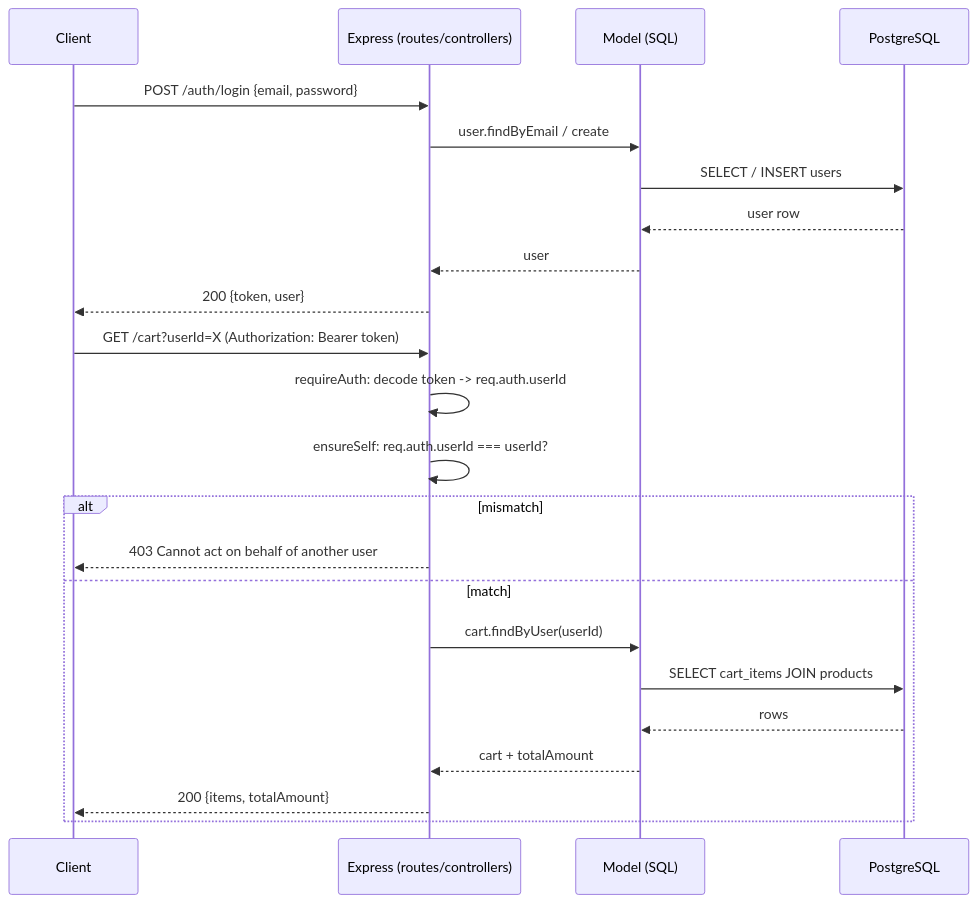
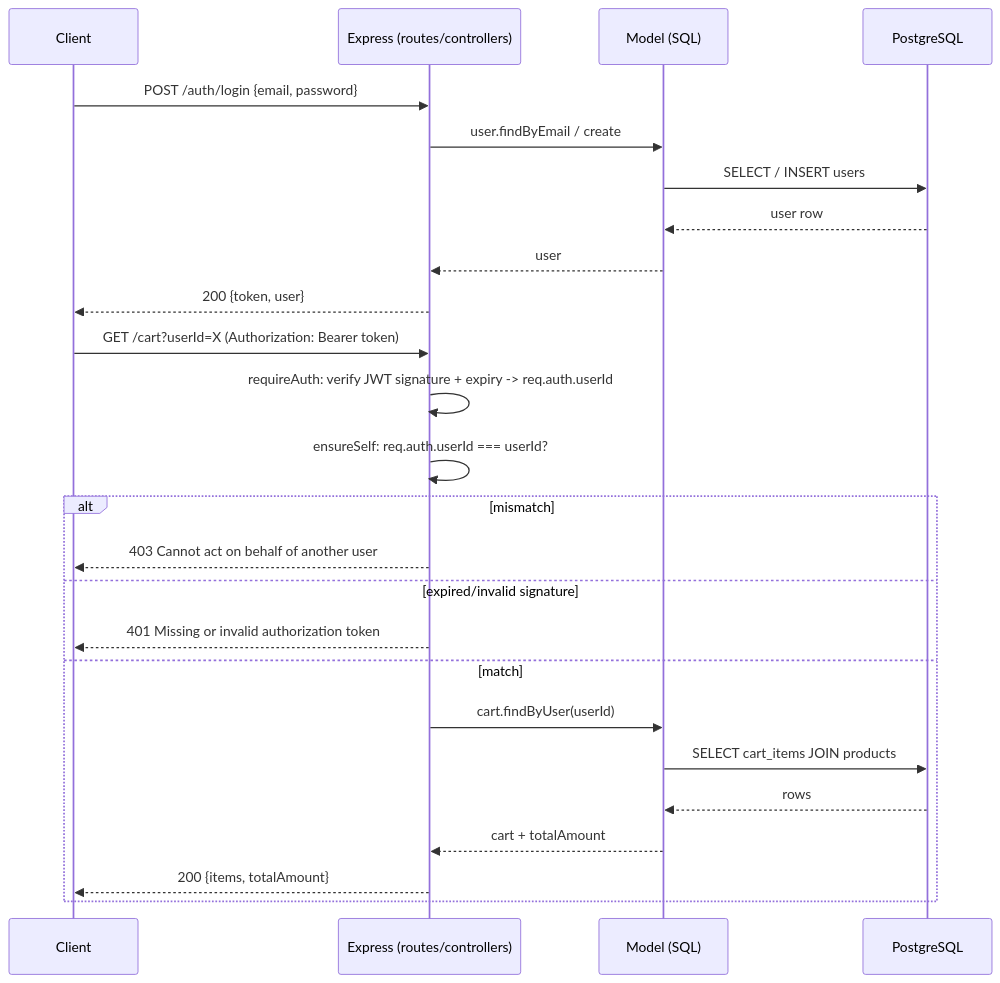
The diagram in docs/API.md (thisisroshans/erbrains), drawn with Mermaid before and after one commit. The commit also changed other lines of this file and 56 other files, not shown here.

````diff
--- a/docs/API.md
+++ b/docs/API.md
@@ -24,27 +30,29 @@
 ```mermaid
 sequenceDiagram
     participant C as Client
     participant A as Express (routes/controllers)
     participant M as Model (SQL)
     participant DB as PostgreSQL
 
     C->>A: POST /auth/login {email, password}
     A->>M: user.findByEmail / create
     M->>DB: SELECT / INSERT users
     DB-->>M: user row
     M-->>A: user
     A-->>C: 200 {token, user}
 
     C->>A: GET /cart?userId=X  (Authorization: Bearer token)
-    A->>A: requireAuth: decode token -> req.auth.userId
+    A->>A: requireAuth: verify JWT signature + expiry -> req.auth.userId
     A->>A: ensureSelf: req.auth.userId === userId?
     alt mismatch
         A-->>C: 403 Cannot act on behalf of another user
+    else expired/invalid signature
+        A-->>C: 401 Missing or invalid authorization token
     else match
         A->>M: cart.findByUser(userId)
         M->>DB: SELECT cart_items JOIN products
         DB-->>M: rows
         M-->>A: cart + totalAmount
         A-->>C: 200 {items, totalAmount}
     end
 ```
````
